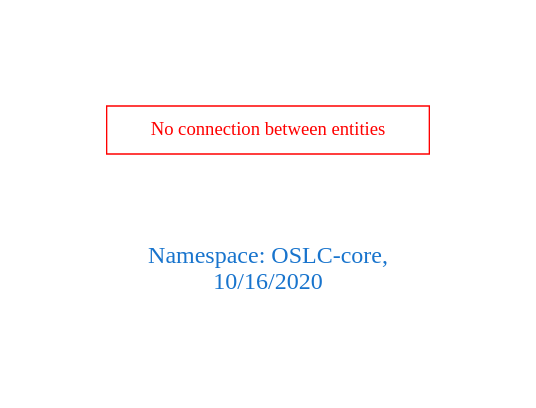
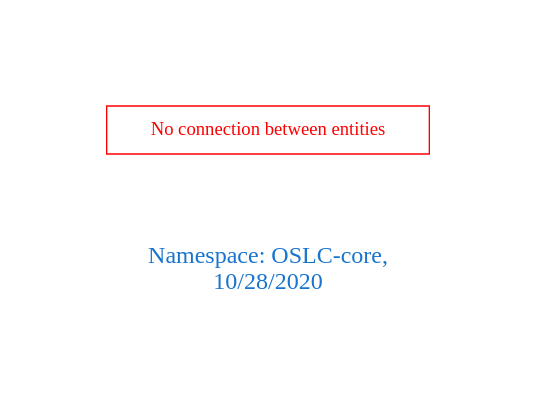
One commit to arago/OGIT changed the diagram in downloads/OSLC-core.dot. Above: the diagram before and after it, drawn with Graphviz. The commit also changed 1830 other files, not shown here.

```diff
--- a/downloads/OSLC-core.dot
+++ b/downloads/OSLC-core.dot
@@ -1,9 +1,9 @@
 digraph OGIT_ontology {
  graph [ rankdir= LR,pad=1 
 fontsize = 18,
-fontcolor= dodgerblue3,label = "\n\n\nNamespace: OSLC-core, \n 10/16/2020"];
+fontcolor= dodgerblue3,label = "\n\n\nNamespace: OSLC-core, \n 10/28/2020"];
 node[shape=polygon];
 edge [  color="gray81"];
 
 "No connection between entities" [fontcolor = "red",color="red", shape="polygon"]
 }
```
